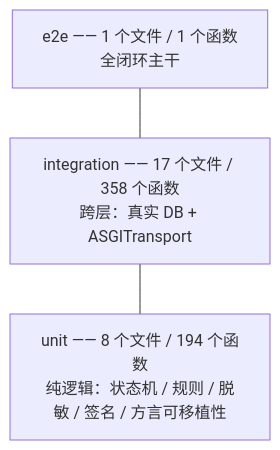
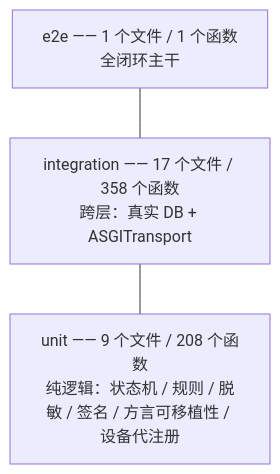
Before and after one commit to Peterwong666/ToyVerse-Cloud: the first of 6 diagrams in docs/11-测试与质量保障.md, drawn with Mermaid. The commit also changed other lines of this file and 2 other files, not shown here.

````diff
--- a/docs/11-测试与质量保障.md
+++ b/docs/11-测试与质量保障.md
@@ -58,7 +58,7 @@
 ```mermaid
 flowchart TB
     E["e2e —— 1 个文件 / 1 个函数<br/>全闭环主干"]
     I["integration —— 17 个文件 / 358 个函数<br/>跨层：真实 DB + ASGITransport"]
-    U["unit —— 8 个文件 / 194 个函数<br/>纯逻辑：状态机 / 规则 / 脱敏 / 签名 / 方言可移植性"]
+    U["unit —— 9 个文件 / 208 个函数<br/>纯逻辑：状态机 / 规则 / 脱敏 / 签名 / 方言可移植性 / 设备代注册"]
     E --- I --- U
 ```
````
